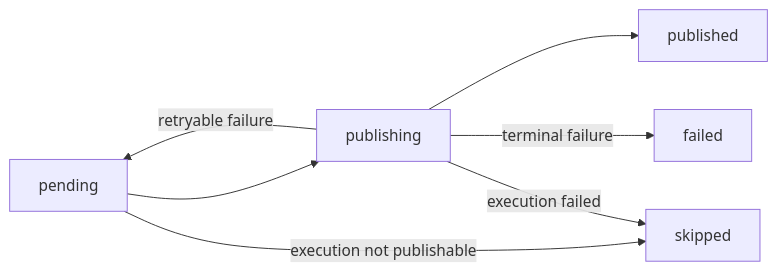
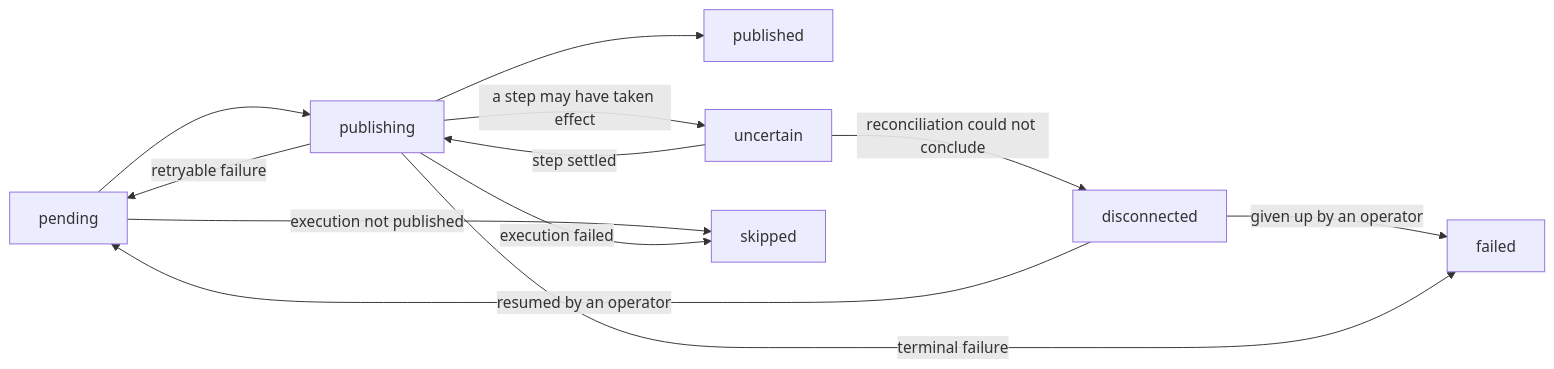
Before and after one commit to Agent-AI-Chalmers/sec-review-bot: the fourth of 5 diagrams in services/review-runs/README.md, drawn with Mermaid. The commit also changed other lines of this file and 5 other files, not shown here.

````diff
--- a/services/review-runs/README.md
+++ b/services/review-runs/README.md
@@ -109,8 +117,13 @@
 ```mermaid
 flowchart LR
   pubpending[pending] --> publishing --> published
+  publishing -->|a step may have taken effect| pubuncertain[uncertain]
+  pubuncertain -->|step settled| publishing
+  pubuncertain -->|reconciliation could not conclude| pubdisconnected[disconnected]
+  pubdisconnected -->|resumed by an operator| pubpending
+  pubdisconnected -->|given up by an operator| pubfailed[failed]
   publishing -->|retryable failure| pubpending
-  publishing -->|terminal failure| pubfailed[failed]
-  pubpending -->|execution not publishable| skipped
+  publishing -->|terminal failure| pubfailed
+  pubpending -->|execution not published| skipped
   publishing -->|execution failed| skipped
 ```
````
